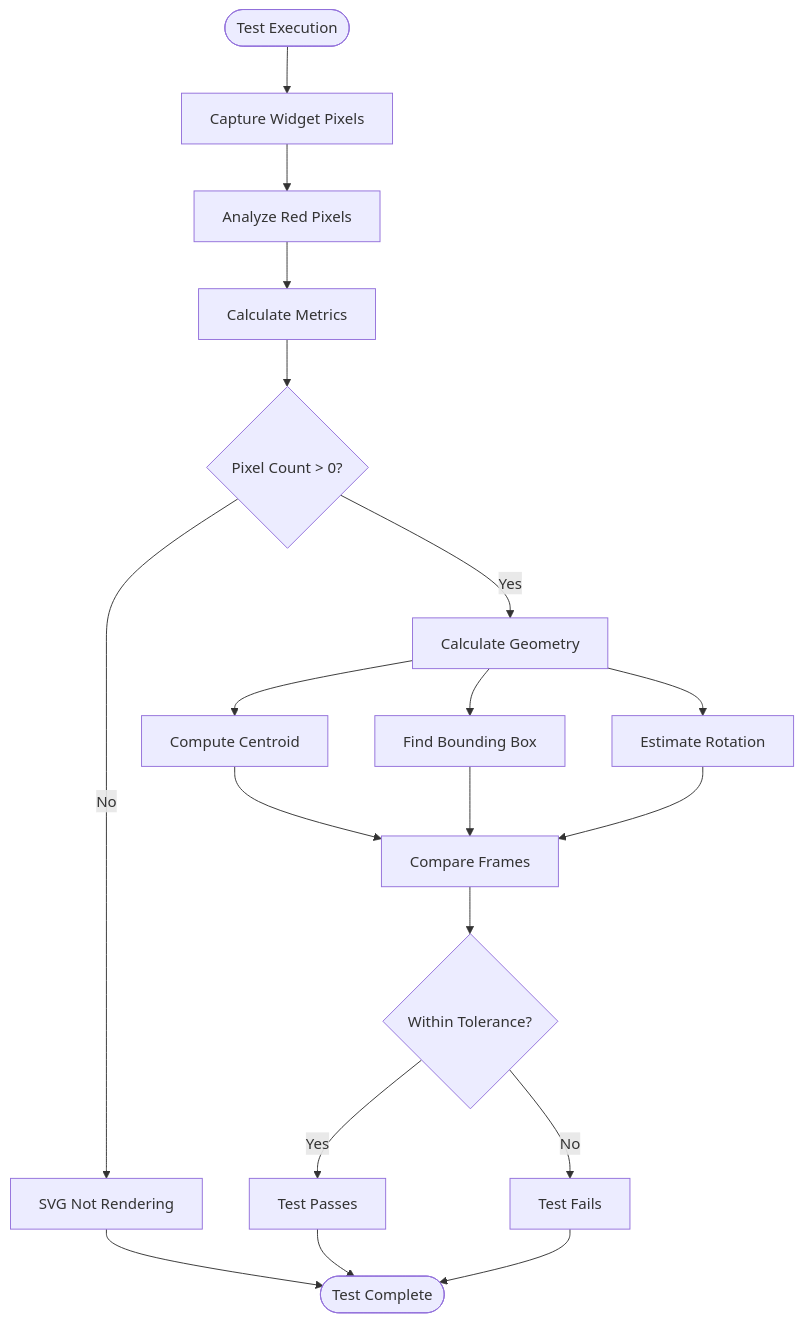
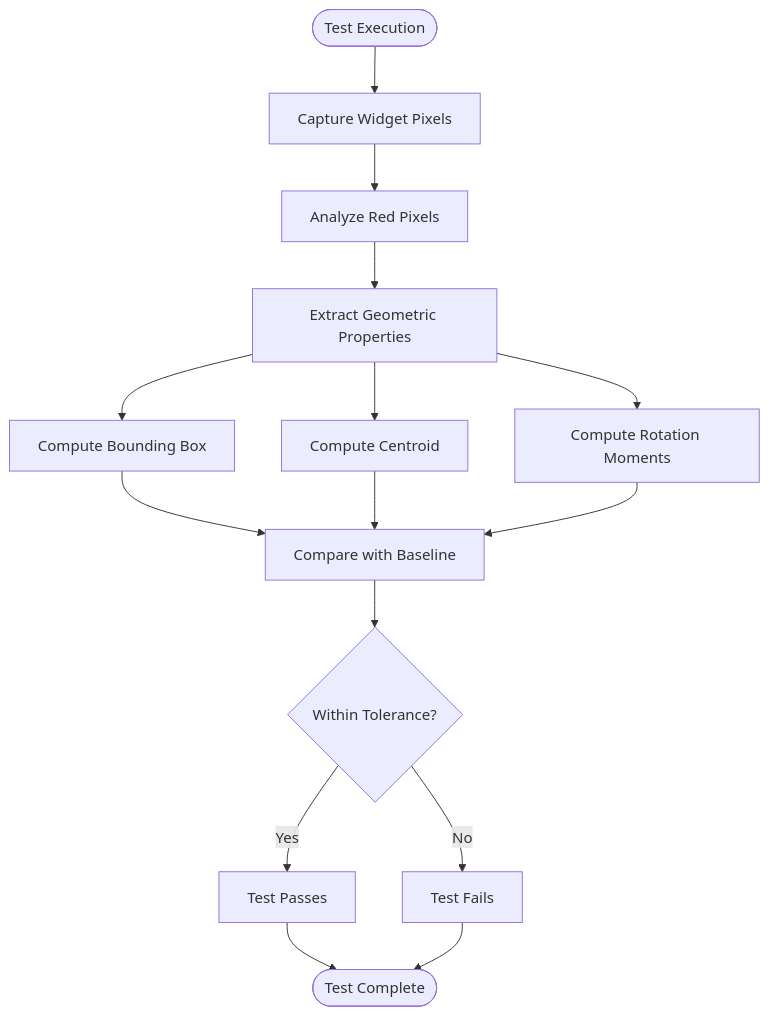
One commit to denisnadey/flutter_full_svg_support changed the fourth of 8 diagrams in .qoder/repowiki/en/content/Testing and Quality Assurance/Testing Infrastructure Documentation.md. Above: the diagram before and after it, drawn with Mermaid. The commit also changed other lines of this file and 33 other files, not shown here.

````diff
--- a/.qoder/repowiki/en/content/Testing and Quality Assurance/Testing Infrastructure Documentation.md
+++ b/.qoder/repowiki/en/content/Testing and Quality Assurance/Testing Infrastructure Documentation.md
@@ -215,21 +165,17 @@
 ```mermaid
 flowchart TD
 Start([Test Execution]) --> Capture["Capture Widget Pixels"]
 Capture --> Analyze["Analyze Red Pixels"]
-Analyze --> Metrics["Calculate Metrics"]
-Metrics --> PixelCount{"Pixel Count > 0?"}
-PixelCount --> |No| Error["SVG Not Rendering"]
-PixelCount --> |Yes| Geometry["Calculate Geometry"]
-Geometry --> Centroid["Compute Centroid"]
-Geometry --> BoundingBox["Find Bounding Box"]
-Geometry --> Rotation["Estimate Rotation"]
-Centroid --> Compare["Compare Frames"]
-BoundingBox --> Compare
-Rotation --> Compare
+Analyze --> Extract["Extract Geometric Properties"]
+Extract --> ComputeBB["Compute Bounding Box"]
+Extract --> ComputeCentroid["Compute Centroid"]
+Extract --> ComputeMoments["Compute Rotation Moments"]
+ComputeBB --> Compare["Compare with Baseline"]
+ComputeCentroid --> Compare
+ComputeMoments --> Compare
 Compare --> Threshold{"Within Tolerance?"}
 Threshold --> |Yes| Pass["Test Passes"]
 Threshold --> |No| Fail["Test Fails"]
-Error --> End([Test Complete])
-Pass --> End
+Pass --> End([Test Complete])
 Fail --> End
 ```
````
